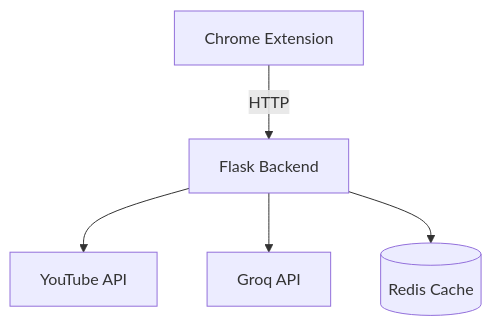
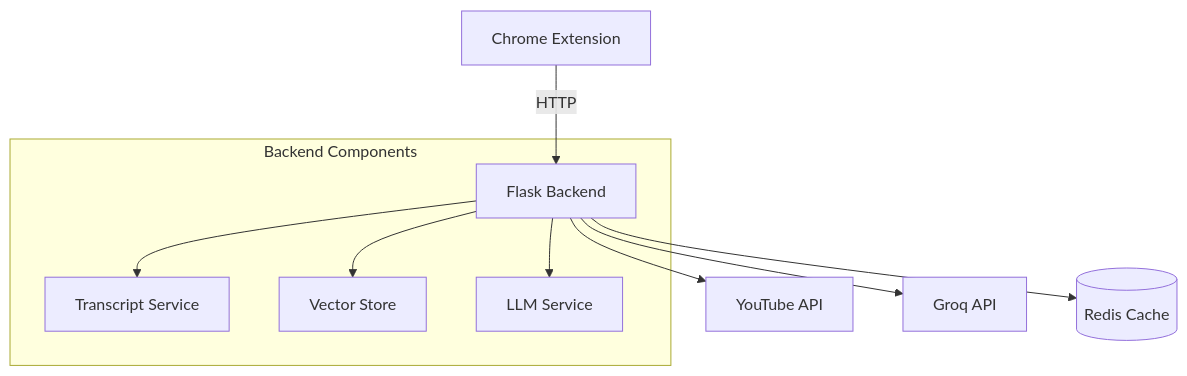
One commit to M-Awais-Hussain/YouTube-Chatbot-Extension changed the diagram in README.md. Above: the diagram before and after it, drawn with Mermaid.

````diff
--- a/README.md
+++ b/README.md
@@ -26,7 +26,12 @@
 ```mermaid
 graph TD
     A[Chrome Extension] -->|HTTP| B[Flask Backend]
     B --> C[YouTube API]
     B --> D[Groq API]
     B --> E[(Redis Cache)]
+    subgraph Backend Components
+        B --> F[Transcript Service]
+        B --> G[Vector Store]
+        B --> H[LLM Service]
+    end
 ```
````
